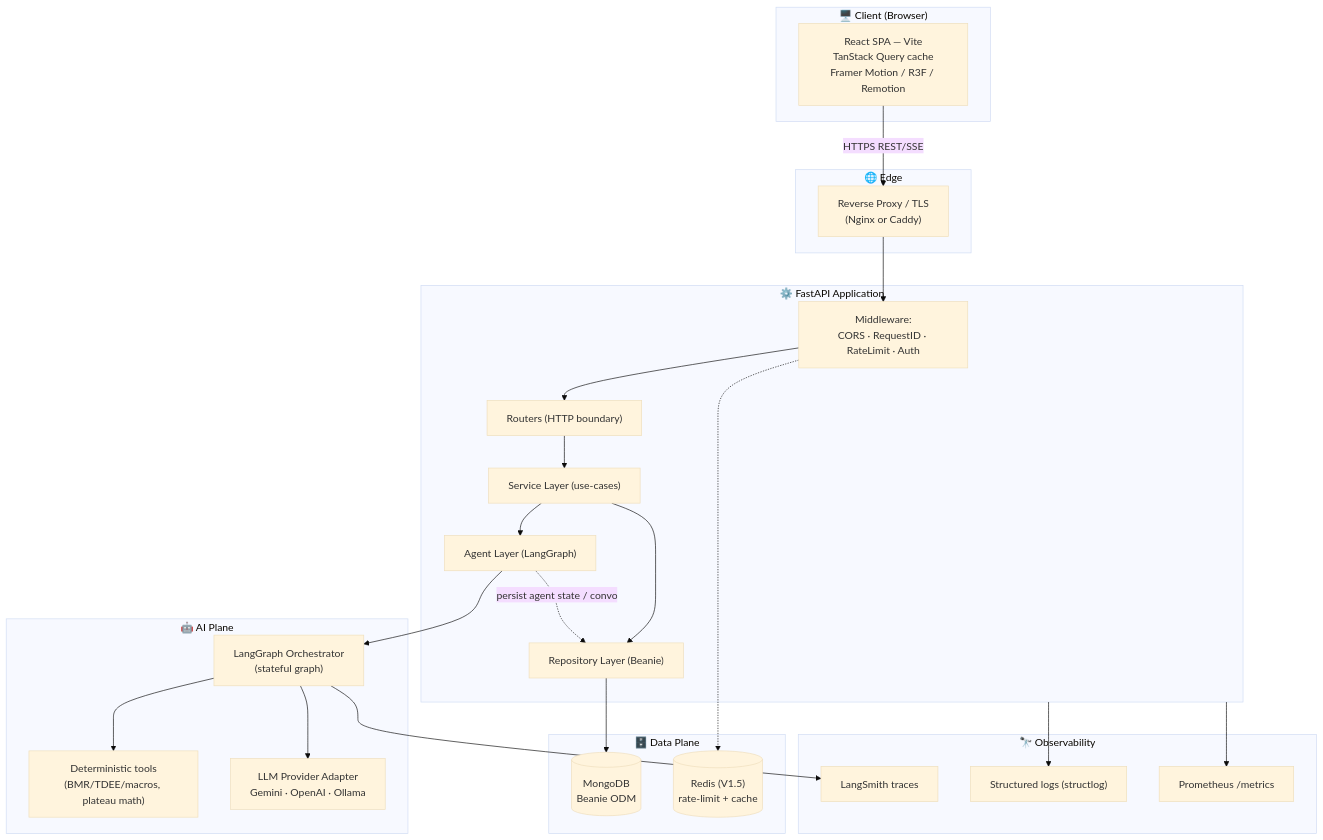
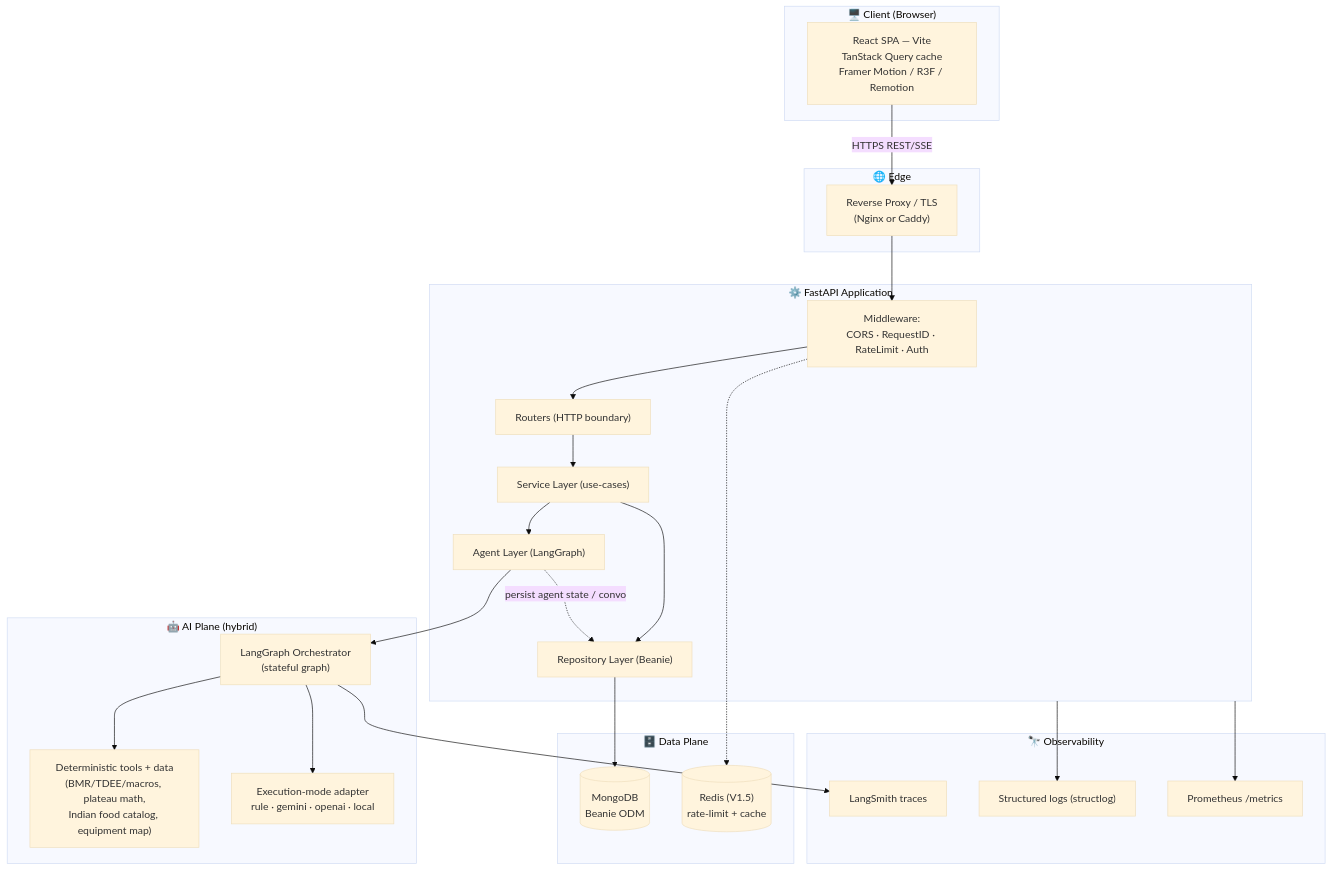
Before and after one commit to Ryanrezzz/FitTwin: the first of 5 diagrams in docs/01-system-architecture.md, drawn with Mermaid (base theme). The commit also changed other lines of this file and 15 other files, not shown here.

First line of the commit message:
Enhance system architecture and agent functionality with hybrid execution modes

````diff
--- a/docs/01-system-architecture.md
+++ b/docs/01-system-architecture.md
@@ -10,46 +10,46 @@
 ```mermaid
 flowchart TB
     subgraph Client["🖥️ Client (Browser)"]
         UI["React SPA — Vite\nTanStack Query cache\nFramer Motion / R3F / Remotion"]
     end
 
     subgraph Edge["🌐 Edge"]
         RP["Reverse Proxy / TLS\n(Nginx or Caddy)"]
     end
 
     subgraph API["⚙️ FastAPI Application"]
         MW["Middleware:\nCORS · RequestID · RateLimit · Auth"]
         R["Routers (HTTP boundary)"]
         S["Service Layer (use-cases)"]
         AG["Agent Layer (LangGraph)"]
         REPO["Repository Layer (Beanie)"]
     end
 
-    subgraph AI["🤖 AI Plane"]
+    subgraph AI["🤖 AI Plane (hybrid)"]
         LG["LangGraph Orchestrator\n(stateful graph)"]
-        TOOLS["Deterministic tools\n(BMR/TDEE/macros, plateau math)"]
-        LLM["LLM Provider Adapter\nGemini · OpenAI · Ollama"]
+        TOOLS["Deterministic tools + data\n(BMR/TDEE/macros, plateau math,\nIndian food catalog, equipment map)"]
+        LLM["Execution-mode adapter\nrule · gemini · openai · local"]
     end
 
     subgraph Data["🗄️ Data Plane"]
         MONGO[("MongoDB\nBeanie ODM")]
         CACHE[("Redis (V1.5)\nrate-limit + cache")]
     end
 
     subgraph Obs["🔭 Observability"]
         LOGS["Structured logs (structlog)"]
         TRACE["LangSmith traces"]
         METRICS["Prometheus /metrics"]
     end
 
     UI -->|HTTPS REST/SSE| RP --> MW --> R --> S
     S --> AG --> LG
     LG --> TOOLS
     LG --> LLM
     S --> REPO --> MONGO
     AG -.->|persist agent state / convo| REPO
     MW -.-> CACHE
     API --> LOGS
     LG --> TRACE
     API --> METRICS
 ```
````
